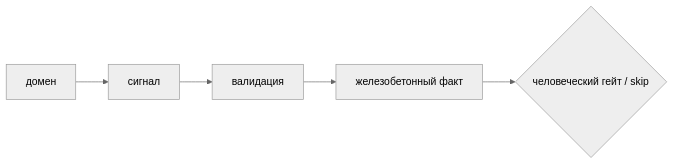
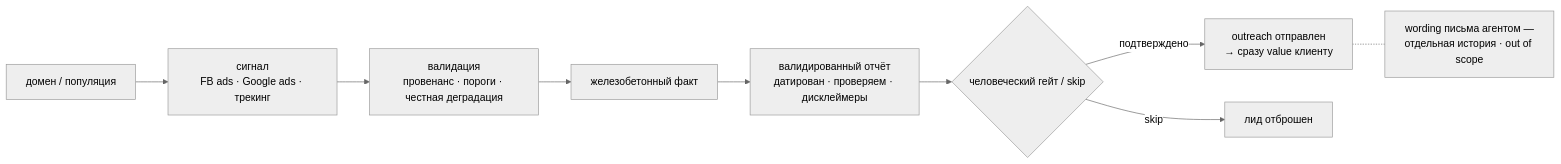
Before and after one commit to rodion-whatisai/marketing-agent-pipeline: the diagram in marketing-agent-pipeline/01-client-discovery/decision-flow.md, drawn with Mermaid (neutral theme). The commit also changed other lines of this file and 1 other file, not shown here.

Commit message:
docs(showcase): 01 — stage goal (validated report -> outreach value) + decision flow to outreach-sent
Покупатель этой стадии не отчёт сам по себе, а отправленный валидированный отчёт, несущий клиенту value до первого разговора. Mermaid: после человеческого гейта — outreach отправлен; wording письма агентом помечен out of scope.

````diff
--- a/marketing-agent-pipeline/01-client-discovery/decision-flow.md
+++ b/marketing-agent-pipeline/01-client-discovery/decision-flow.md
@@ -8,8 +6,11 @@
 ```mermaid
-%% placeholder — заменяется на Шаге 3
 flowchart LR
-  A[домен] --> B[сигнал]
-  B --> C[валидация]
+  A[домен / популяция] --> B[сигнал<br/>FB ads · Google ads · трекинг]
+  B --> C[валидация<br/>провенанс · пороги · честная деградация]
   C --> D[железобетонный факт]
-  D --> E{человеческий гейт / skip}
+  D --> E[валидированный отчёт<br/>датирован · проверяем · дисклеймеры]
+  E --> F{человеческий гейт / skip}
+  F -->|подтверждено| G[outreach отправлен<br/>→ сразу value клиенту]
+  F -->|skip| Z[лид отброшен]
+  G -.- OOS["wording письма агентом —<br/>отдельная история · out of scope"]
 ```
````
